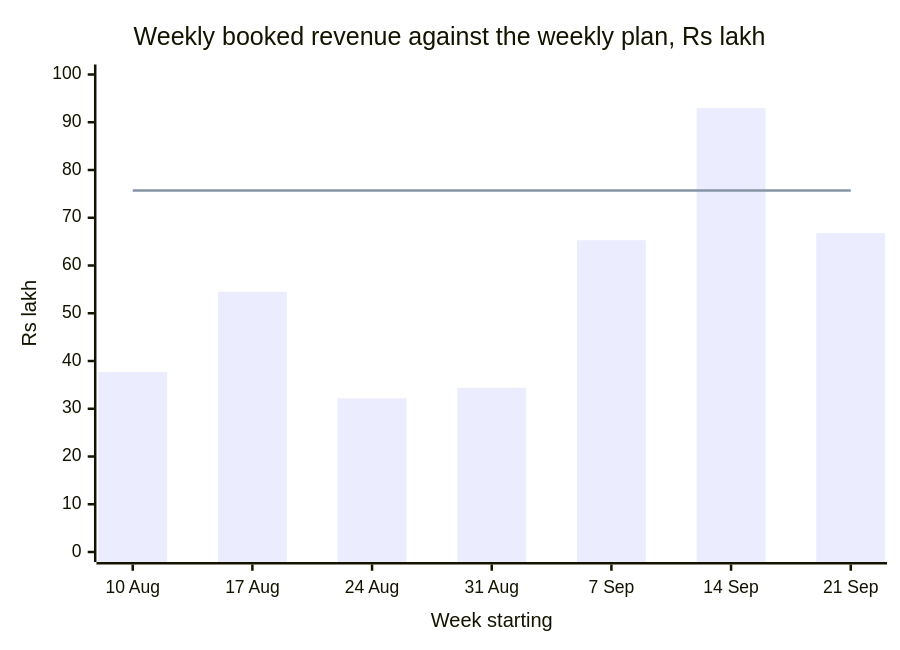
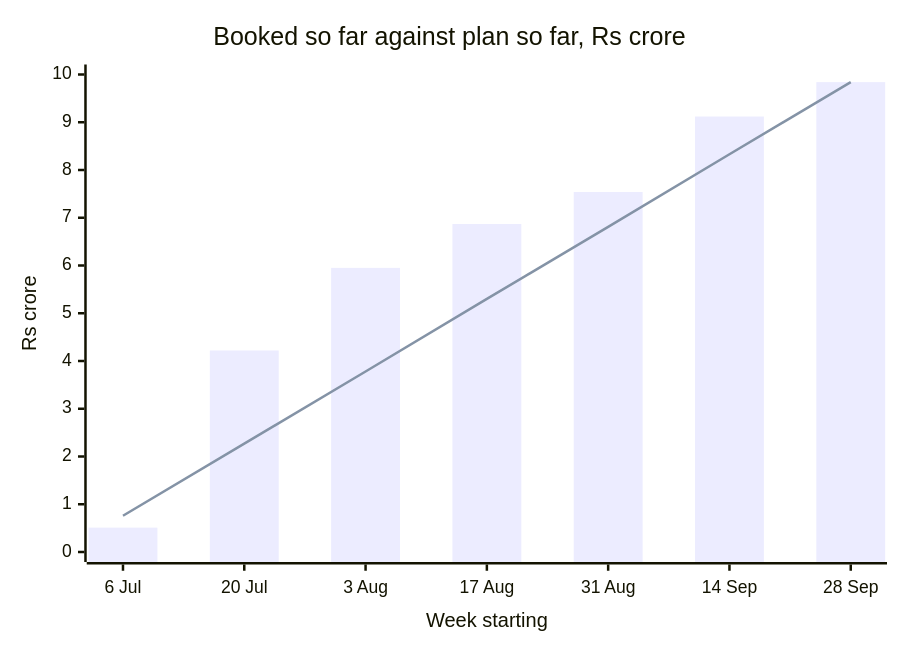
The third of 5 diagrams in content/W02/SAT/paper/C2_W02_SAT_recap_paper_STUDENT.md (fde-academy-lab/c2-content-factory), drawn with Mermaid before and after one commit. The commit also changed other lines of this file and 7 other files, not shown here.

````diff
--- a/content/W02/SAT/paper/C2_W02_SAT_recap_paper_STUDENT.md
+++ b/content/W02/SAT/paper/C2_W02_SAT_recap_paper_STUDENT.md
@@ -321,8 +319,8 @@
 ```mermaid
 xychart-beta
-  title "Weekly booked revenue against the weekly plan, Rs lakh"
-  x-axis "Week starting" ["10 Aug", "17 Aug", "24 Aug", "31 Aug", "7 Sep", "14 Sep", "21 Sep"]
-  y-axis "Rs lakh" 0 --> 100
-  bar [37.7, 54.5, 32.2, 34.4, 65.3, 93.0, 66.8]
-  line [75.7, 75.7, 75.7, 75.7, 75.7, 75.7, 75.7]
+  title "Booked so far against plan so far, Rs crore"
+  x-axis "Week starting" ["6 Jul", "20 Jul", "3 Aug", "17 Aug", "31 Aug", "14 Sep", "28 Sep"]
+  y-axis "Rs crore" 0 --> 10
+  bar [0.51, 4.22, 5.95, 6.87, 7.54, 9.12, 9.84]
+  line [0.76, 2.27, 3.78, 5.30, 6.81, 8.33, 9.84]
 ```
````
